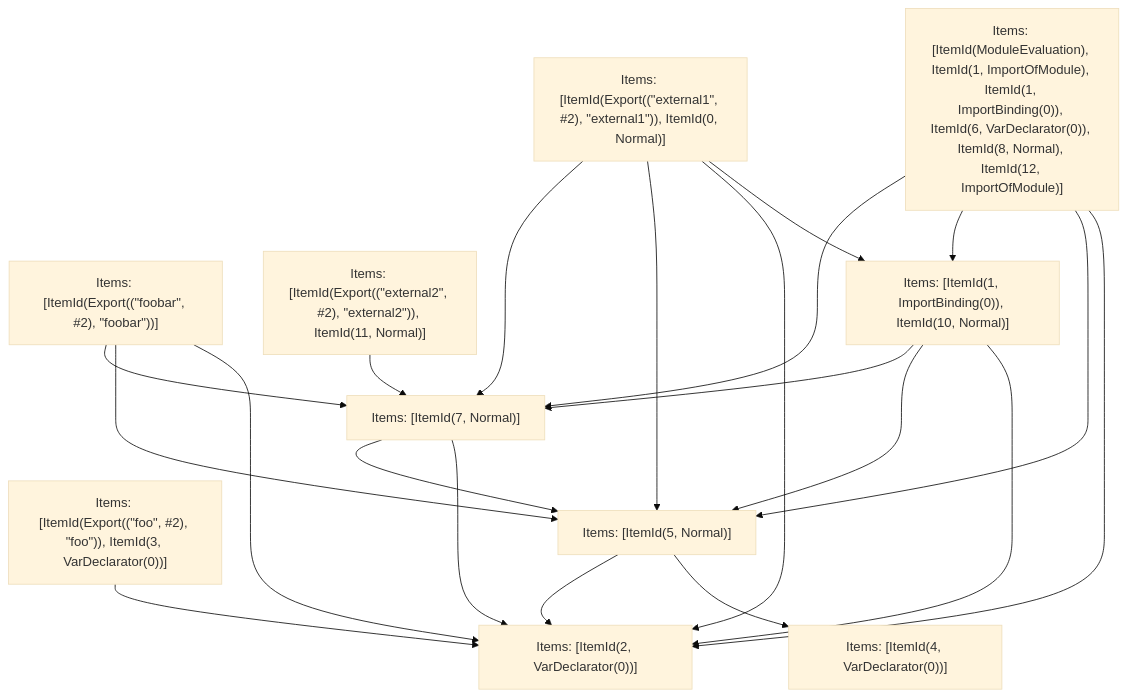
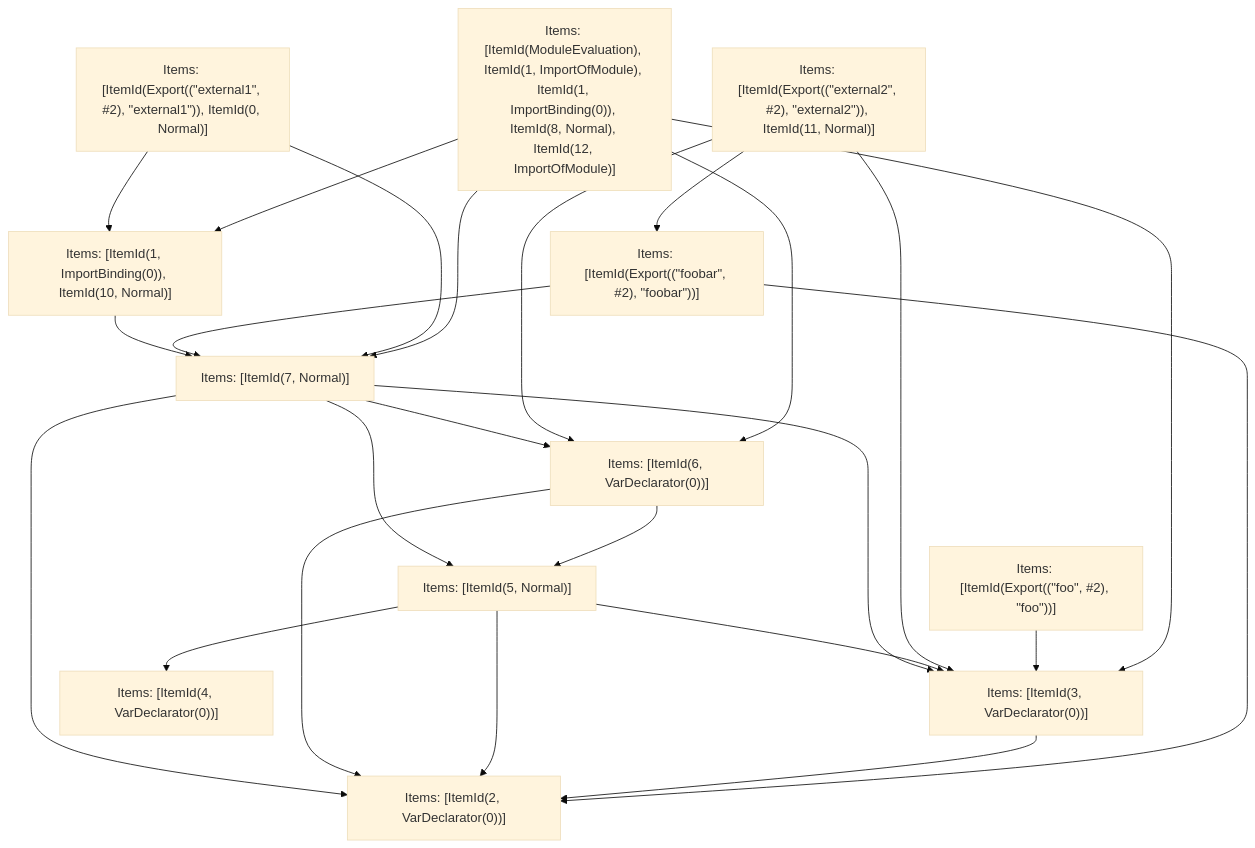
One commit to darkred/turbo changed the fifth of 5 diagrams in crates/turbopack-ecmascript/tests/tree-shaker/analyzer/2/output.md. Above: the diagram before and after it, drawn with Mermaid (base theme). The commit also changed other lines of this file and 22 other files, not shown here.

````diff
--- a/crates/turbopack-ecmascript/tests/tree-shaker/analyzer/2/output.md
+++ b/crates/turbopack-ecmascript/tests/tree-shaker/analyzer/2/output.md
@@ -366,33 +365,38 @@
 ```mermaid
 graph TD
-    N0["Items: [ItemId(ModuleEvaluation), ItemId(1, ImportOfModule), ItemId(1, ImportBinding(0)), ItemId(6, VarDeclarator(0)), ItemId(8, Normal), ItemId(12, ImportOfModule)]"];
+    N0["Items: [ItemId(ModuleEvaluation), ItemId(1, ImportOfModule), ItemId(1, ImportBinding(0)), ItemId(8, Normal), ItemId(12, ImportOfModule)]"];
     N1["Items: [ItemId(Export((&quot;external1&quot;, #2), &quot;external1&quot;)), ItemId(0, Normal)]"];
     N2["Items: [ItemId(Export((&quot;foobar&quot;, #2), &quot;foobar&quot;))]"];
-    N3["Items: [ItemId(Export((&quot;foo&quot;, #2), &quot;foo&quot;)), ItemId(3, VarDeclarator(0))]"];
+    N3["Items: [ItemId(Export((&quot;foo&quot;, #2), &quot;foo&quot;))]"];
     N4["Items: [ItemId(Export((&quot;external2&quot;, #2), &quot;external2&quot;)), ItemId(11, Normal)]"];
     N5["Items: [ItemId(2, VarDeclarator(0))]"];
-    N6["Items: [ItemId(4, VarDeclarator(0))]"];
-    N7["Items: [ItemId(5, Normal)]"];
-    N8["Items: [ItemId(7, Normal)]"];
-    N9["Items: [ItemId(1, ImportBinding(0)), ItemId(10, Normal)]"];
-    N0 --> N5;
-    N0 --> N7;
+    N6["Items: [ItemId(3, VarDeclarator(0))]"];
+    N7["Items: [ItemId(4, VarDeclarator(0))]"];
+    N8["Items: [ItemId(5, Normal)]"];
+    N9["Items: [ItemId(6, VarDeclarator(0))]"];
+    N10["Items: [ItemId(7, Normal)]"];
+    N11["Items: [ItemId(1, ImportBinding(0)), ItemId(10, Normal)]"];
     N0 --> N9;
-    N0 --> N8;
-    N1 --> N9;
-    N1 --> N5;
-    N1 --> N7;
-    N1 --> N8;
+    N0 --> N11;
+    N0 --> N10;
+    N0 --> N6;
+    N1 --> N11;
+    N1 --> N10;
+    N2 --> N10;
     N2 --> N5;
-    N2 --> N7;
-    N2 --> N8;
-    N3 --> N5;
-    N4 --> N8;
-    N7 --> N6;
-    N7 --> N5;
+    N3 --> N6;
+    N4 --> N6;
+    N4 --> N9;
+    N4 --> N2;
+    N6 --> N5;
+    N8 --> N7;
     N8 --> N5;
-    N8 --> N7;
+    N8 --> N6;
+    N9 --> N8;
     N9 --> N5;
-    N9 --> N7;
-    N9 --> N8;
+    N10 --> N8;
+    N10 --> N5;
+    N10 --> N6;
+    N10 --> N9;
+    N11 --> N10;
 ```
````
